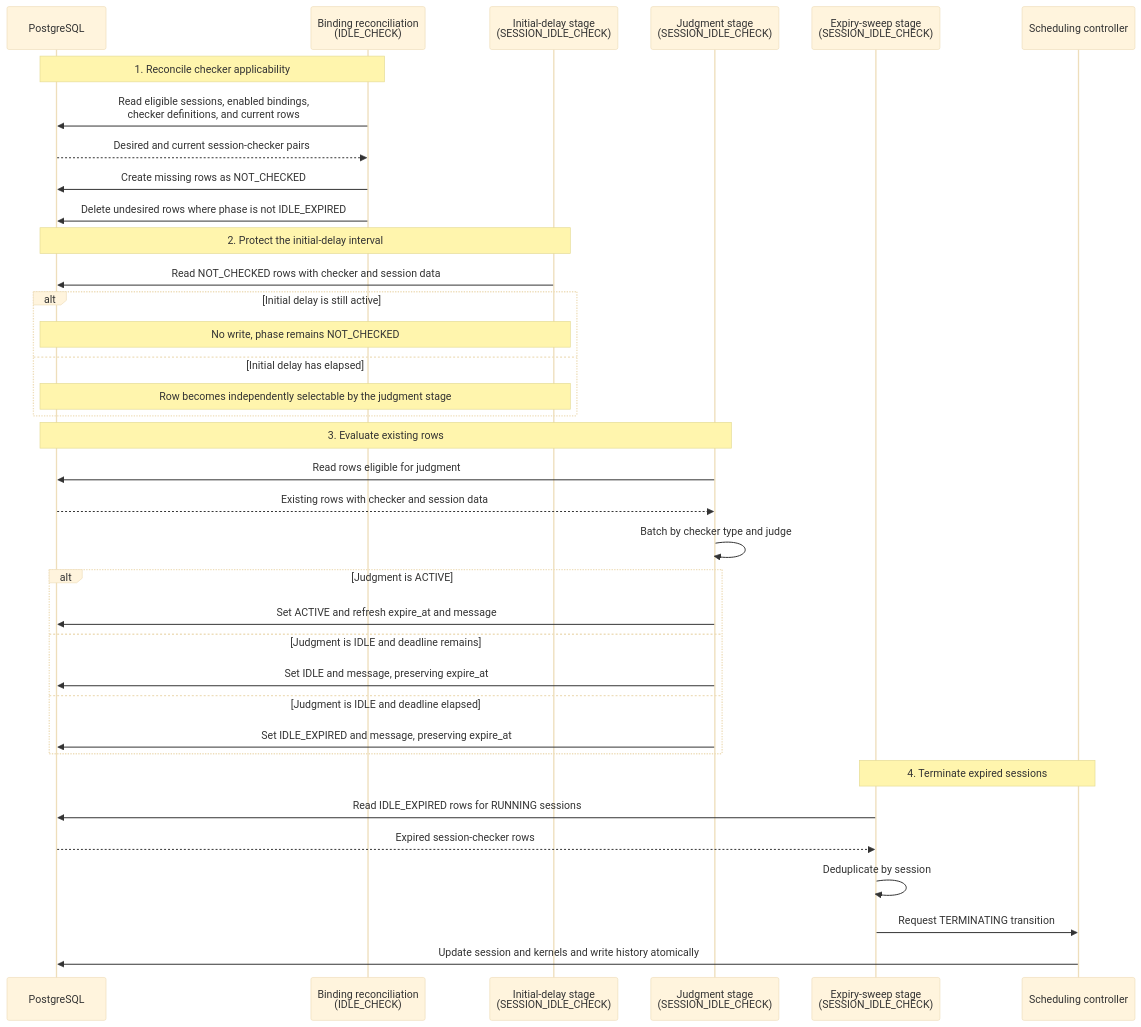
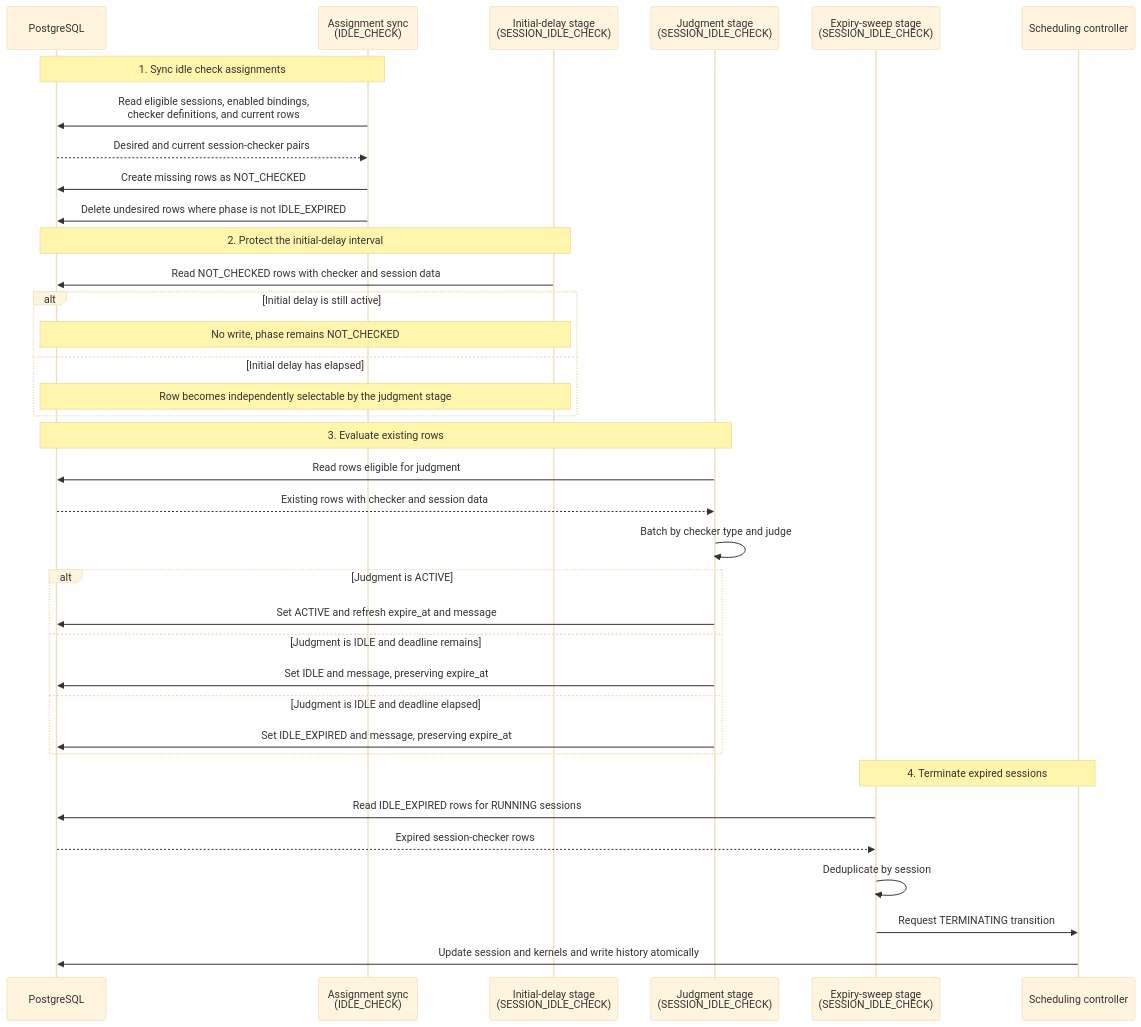
One commit to lablup/backend.ai changed the second of 2 diagrams in proposals/BEP-1054-reconciler-based-idle-checker.md. Above: the diagram before and after it, drawn with Mermaid (base theme). The commit also changed other lines of this file, not shown here.

Commit message:
doc(BA-6968): rename assignment sync stage

````diff
--- a/proposals/BEP-1054-reconciler-based-idle-checker.md
+++ b/proposals/BEP-1054-reconciler-based-idle-checker.md
@@ -330,42 +330,42 @@
 ```mermaid
 sequenceDiagram
     participant DB as PostgreSQL
-    participant Binding as Binding reconciliation<br/>(IDLE_CHECK)
+    participant Assignment as Assignment sync<br/>(IDLE_CHECK)
     participant Delay as Initial-delay stage<br/>(SESSION_IDLE_CHECK)
     participant Judgment as Judgment stage<br/>(SESSION_IDLE_CHECK)
     participant Sweep as Expiry-sweep stage<br/>(SESSION_IDLE_CHECK)
     participant Scheduler as Scheduling controller
 
-    Note over DB,Binding: 1. Reconcile checker applicability
-    Binding->>DB: Read eligible sessions, enabled bindings,<br/>checker definitions, and current rows
-    DB-->>Binding: Desired and current session-checker pairs
-    Binding->>DB: Create missing rows as NOT_CHECKED
-    Binding->>DB: Delete undesired rows where phase is not IDLE_EXPIRED
+    Note over DB,Assignment: 1. Sync idle check assignments
+    Assignment->>DB: Read eligible sessions, enabled bindings,<br/>checker definitions, and current rows
+    DB-->>Assignment: Desired and current session-checker pairs
+    Assignment->>DB: Create missing rows as NOT_CHECKED
+    Assignment->>DB: Delete undesired rows where phase is not IDLE_EXPIRED
 
     Note over DB,Delay: 2. Protect the initial-delay interval
     Delay->>DB: Read NOT_CHECKED rows with checker and session data
     alt Initial delay is still active
         Note over DB,Delay: No write, phase remains NOT_CHECKED
     else Initial delay has elapsed
         Note over DB,Delay: Row becomes independently selectable by the judgment stage
     end
 
     Note over DB,Judgment: 3. Evaluate existing rows
     Judgment->>DB: Read rows eligible for judgment
     DB-->>Judgment: Existing rows with checker and session data
     Judgment->>Judgment: Batch by checker type and judge
     alt Judgment is ACTIVE
         Judgment->>DB: Set ACTIVE and refresh expire_at and message
     else Judgment is IDLE and deadline remains
         Judgment->>DB: Set IDLE and message, preserving expire_at
     else Judgment is IDLE and deadline elapsed
         Judgment->>DB: Set IDLE_EXPIRED and message, preserving expire_at
     end
 
     Note over Sweep,Scheduler: 4. Terminate expired sessions
     Sweep->>DB: Read IDLE_EXPIRED rows for RUNNING sessions
     DB-->>Sweep: Expired session-checker rows
     Sweep->>Sweep: Deduplicate by session
     Sweep->>Scheduler: Request TERMINATING transition
     Scheduler->>DB: Update session and kernels and write history atomically
 ```
````
